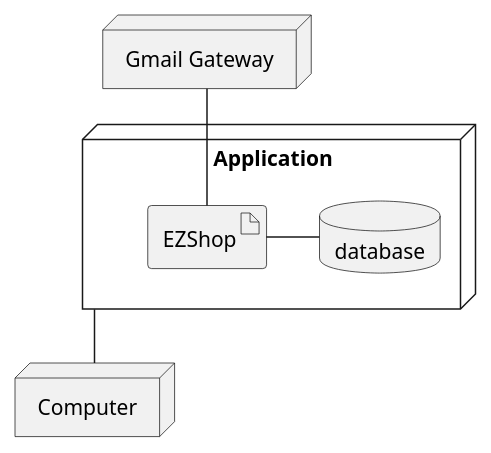
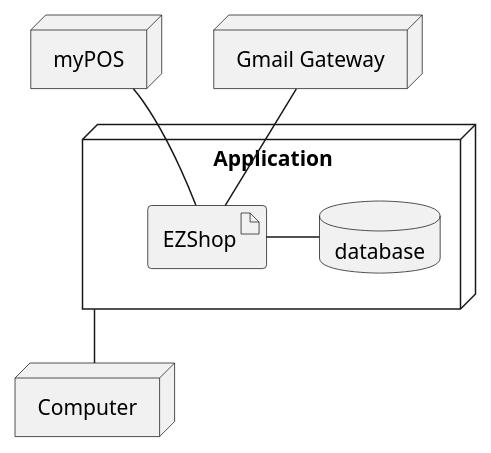
Before and after one commit to giuseppesalvi/ezshop: the eighth of 8 diagrams in Deliverables/RequirementsDocument.md, drawn with PlantUML. The commit also changed other lines of this file, not shown here.

````diff
--- a/Deliverables/RequirementsDocument.md
+++ b/Deliverables/RequirementsDocument.md
@@ -570,14 +612,15 @@
 ```plantuml
 node Application {
     artifact EZShop
     database "database" as db
 }
 
 node "Computer" as c
 node "Gmail Gateway" as gw
-
+node "myPOS" as mp
 
 Application -down- c
 EZShop -right- db
 EZShop -up- gw
+EZShop -up- mp
 ```
````
